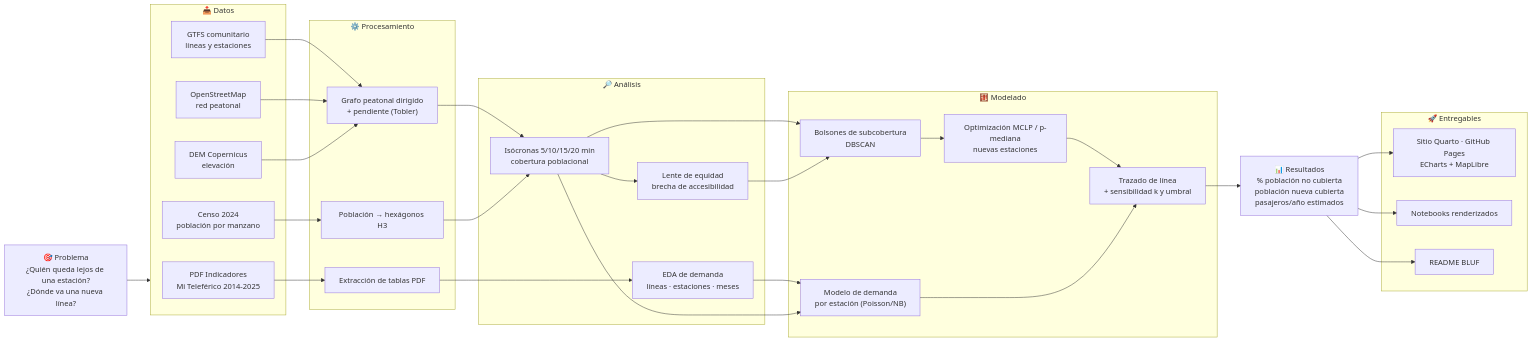
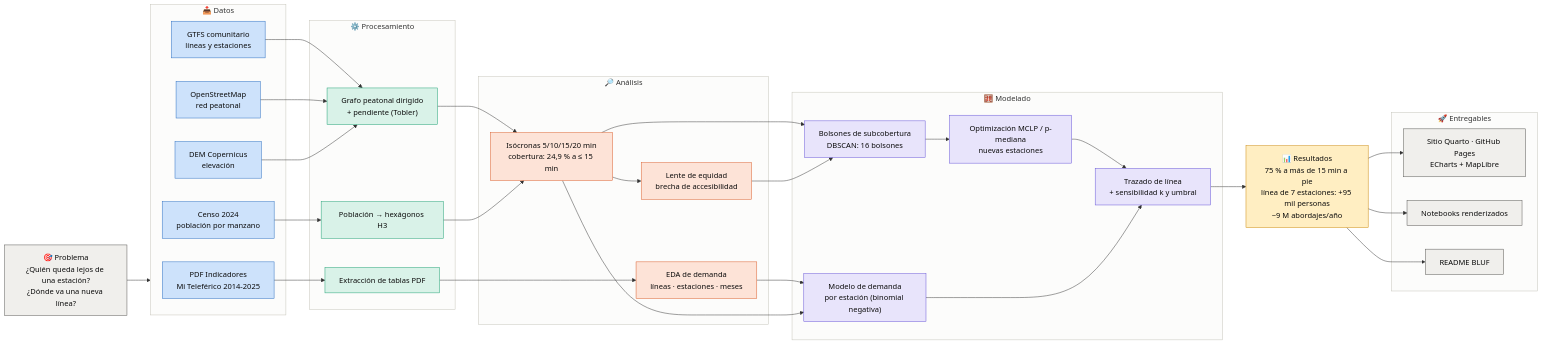
The diagram in docs/diagrama.mmd (freddxvill/analisis-proyeccion-linea-teleferico-la-paz-bolivia), drawn with Mermaid before and after one commit. The commit also changed 32 other files, not shown here.

```diff
--- a/docs/diagrama.mmd
+++ b/docs/diagrama.mmd
@@ -1,52 +1,73 @@
 flowchart LR
     P["🎯 Problema<br/>¿Quién queda lejos de una estación?<br/>¿Dónde va una nueva línea?"]
 
     subgraph D["📥 Datos"]
         D1["PDF Indicadores<br/>Mi Teleférico 2014-2025"]
         D3["GTFS comunitario<br/>líneas y estaciones"]
         D4["OpenStreetMap<br/>red peatonal"]
         D5["Censo 2024<br/>población por manzano"]
         D6["DEM Copernicus<br/>elevación"]
     end
 
     subgraph T["⚙️ Procesamiento"]
         T1["Extracción de tablas PDF"]
         T2["Grafo peatonal dirigido<br/>+ pendiente (Tobler)"]
         T3["Población → hexágonos H3"]
     end
 
     subgraph A["🔎 Análisis"]
         A1["EDA de demanda<br/>líneas · estaciones · meses"]
-        A2["Isócronas 5/10/15/20 min<br/>cobertura poblacional"]
+        A2["Isócronas 5/10/15/20 min<br/>cobertura: 24,9 % a ≤ 15 min"]
         A3["Lente de equidad<br/>brecha de accesibilidad"]
     end
 
     subgraph M["🧮 Modelado"]
-        M0["Bolsones de subcobertura<br/>DBSCAN"]
-        M1["Modelo de demanda<br/>por estación (Poisson/NB)"]
+        M0["Bolsones de subcobertura<br/>DBSCAN: 16 bolsones"]
+        M1["Modelo de demanda<br/>por estación (binomial negativa)"]
         M2["Optimización MCLP / p-mediana<br/>nuevas estaciones"]
         M3["Trazado de línea<br/>+ sensibilidad k y umbral"]
     end
 
-    R["📊 Resultados<br/>% población no cubierta<br/>población nueva cubierta<br/>pasajeros/año estimados"]
+    R["📊 Resultados<br/>75 % a más de 15 min a pie<br/>línea de 7 estaciones: +95 mil personas<br/>~9 M abordajes/año"]
 
     subgraph E["🚀 Entregables"]
         E1["Sitio Quarto · GitHub Pages<br/>ECharts + MapLibre"]
         E2["Notebooks renderizados"]
         E3["README BLUF"]
     end
 
     P --> D
     D1 --> T1
     D3 & D4 & D6 --> T2
     D5 --> T3
     T1 --> A1
     T2 & T3 --> A2
     A2 --> A3
     A1 & A2 --> M1
     A2 & A3 --> M0
     M0 --> M2
     M2 --> M3
     M1 --> M3
     M3 --> R
     R --> E1 & E2 & E3
+
+    %% Colores por etapa (paleta del sitio). Los subgrafos quedan neutros.
+    classDef problema fill:#f0efec,stroke:#52514e,color:#0b0b0b
+    classDef datos fill:#cde2fb,stroke:#256abf,color:#0b0b0b
+    classDef proc fill:#d9f2e8,stroke:#199e70,color:#0b0b0b
+    classDef analisis fill:#fde3d7,stroke:#d95926,color:#0b0b0b
+    classDef modelo fill:#e8e4fb,stroke:#6250d6,color:#0b0b0b
+    classDef resultado fill:#ffeec2,stroke:#c98500,color:#0b0b0b
+    classDef entrega fill:#f0efec,stroke:#52514e,color:#0b0b0b
+    class P problema
+    class D1,D3,D4,D5,D6 datos
+    class T1,T2,T3 proc
+    class A1,A2,A3 analisis
+    class M0,M1,M2,M3 modelo
+    class R resultado
+    class E1,E2,E3 entrega
+    style D fill:#fcfcfb,stroke:#c3c2b7
+    style T fill:#fcfcfb,stroke:#c3c2b7
+    style A fill:#fcfcfb,stroke:#c3c2b7
+    style M fill:#fcfcfb,stroke:#c3c2b7
+    style E fill:#fcfcfb,stroke:#c3c2b7
```
